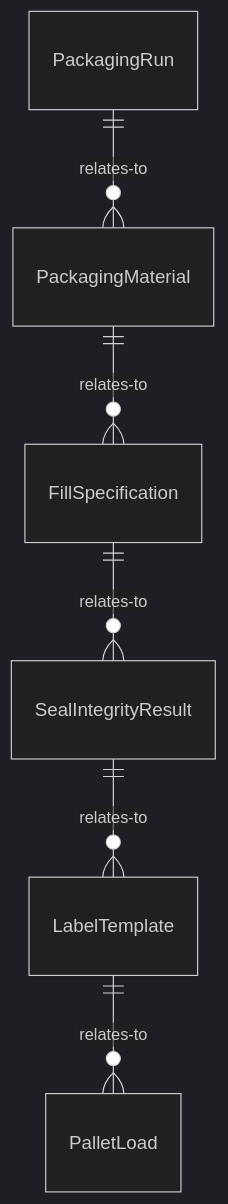
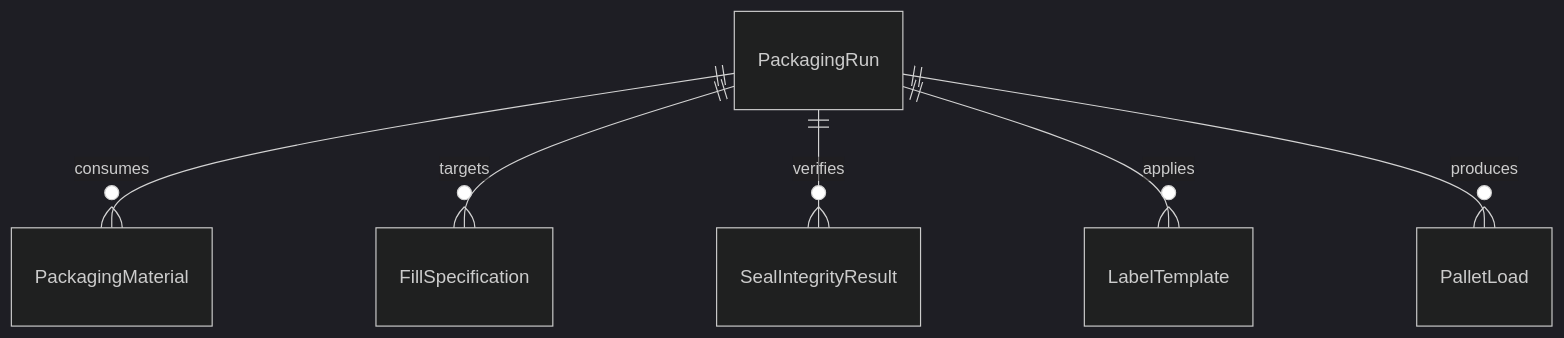
The first of 4 diagrams in ControllingMachinesAndProcesses/OperateIndustrialProcessingOrProductionEquipment/OperatePackingMaterialProcessingEquipment.mdx (dot-org-ai/tasks.org.ai), drawn with Mermaid (dark theme) before and after one commit. The commit also changed other lines of this file and 515 other files, not shown here.

````diff
--- a/ControllingMachinesAndProcesses/OperateIndustrialProcessingOrProductionEquipment/OperatePackingMaterialProcessingEquipment.mdx
+++ b/ControllingMachinesAndProcesses/OperateIndustrialProcessingOrProductionEquipment/OperatePackingMaterialProcessingEquipment.mdx
@@ -88,8 +88,8 @@
 ```mermaid
 erDiagram
-    PackagingRun ||--o{ PackagingMaterial : relates-to
-    PackagingMaterial ||--o{ FillSpecification : relates-to
-    FillSpecification ||--o{ SealIntegrityResult : relates-to
-    SealIntegrityResult ||--o{ LabelTemplate : relates-to
-    LabelTemplate ||--o{ PalletLoad : relates-to
+    PackagingRun ||--o{ PackagingMaterial : consumes
+    PackagingRun ||--o{ FillSpecification : targets
+    PackagingRun ||--o{ SealIntegrityResult : verifies
+    PackagingRun ||--o{ LabelTemplate : applies
+    PackagingRun ||--o{ PalletLoad : produces
 ```
````
